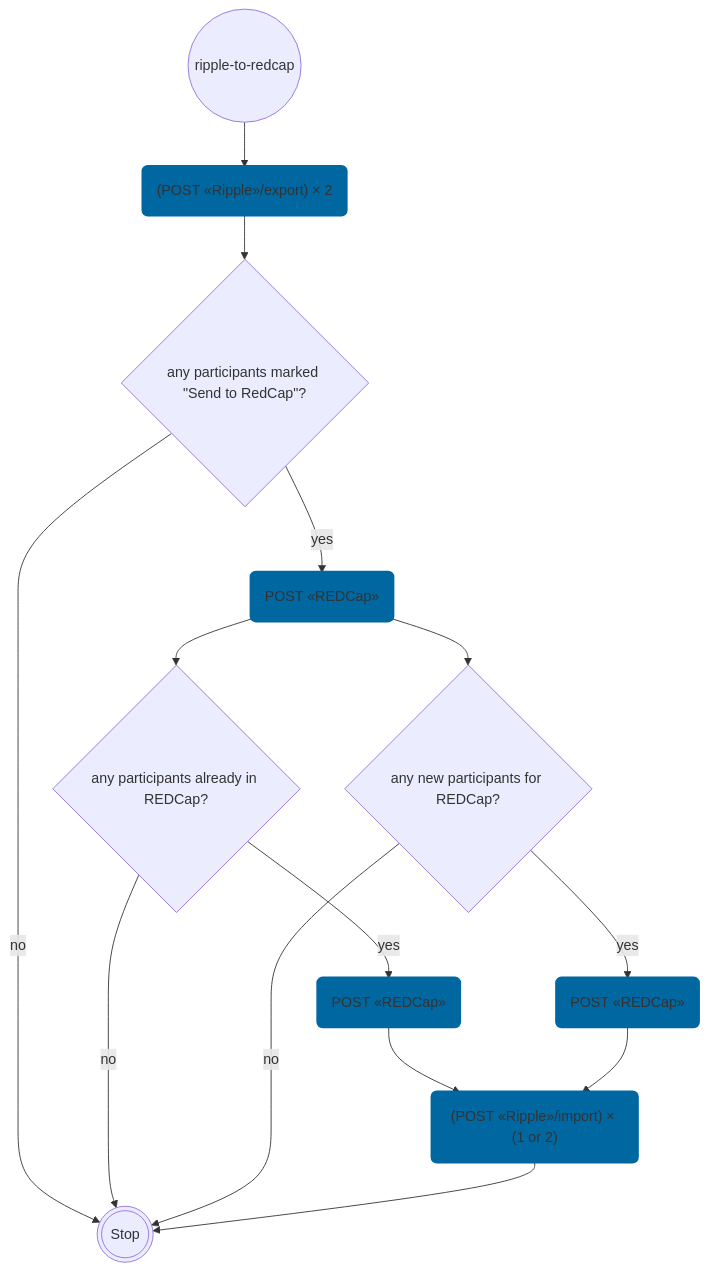
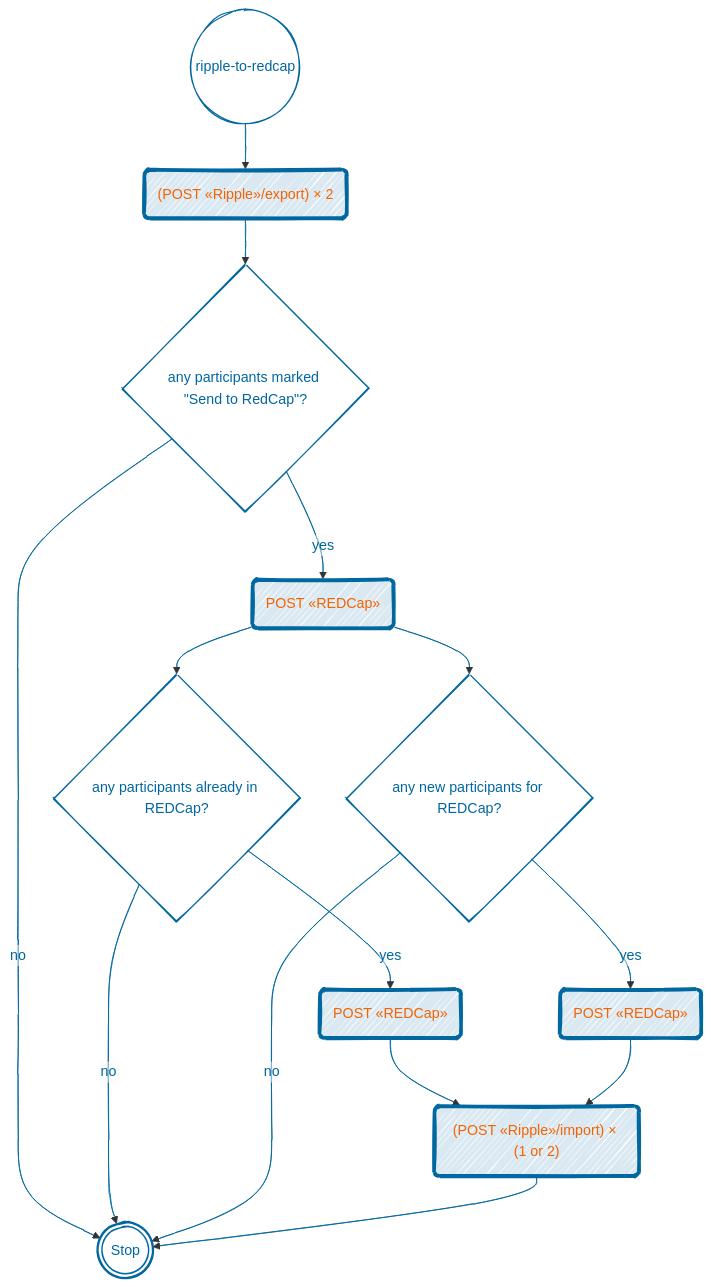
The diagram in python_jobs/src/hbnmigration/from_ripple/README.md (shnizzedy/hbnmigration), drawn with Mermaid before and after one commit. The commit also changed 3 other files, not shown here.

Commit message:
:memo: Add flowchart for REDCap to Curious

````diff
--- a/python_jobs/src/hbnmigration/from_ripple/README.md
+++ b/python_jobs/src/hbnmigration/from_ripple/README.md
@@ -5,13 +5,21 @@
 ```mermaid
-
+---
+config:
+  look: handDrawn
+  themeVariables:
+    edgeLabelBackground: '#FAF9F500'
+    fontFamily: "Verdana, Courier New, Arial Black, Arial Bold, cursive, fantasy"
+---
 flowchart TD
-    classDef apiCall fill:#0067a0,stroke:#0067a0,stroke-width:4px;
+    classDef apiCall color:#F56200,fill:#0067a025,stroke:#0067a0,stroke-width:4px;
+    classDef default stroke:#0067a0,color:#0067a0,fill:#FAF9F510;
 
     start@{ shape: circle, label: "ripple-to-redcap" } --> request_potential_participants@{ shape: rounded, label: "(POST «Ripple»/export) × 2" } --> ripple_data@{ shape: diamond, label: "any participants marked \"Send to RedCap\"?" } -- no --> stop@{ shape: dbl-circ, label: "Stop" };
     ripple_data -- yes --> get_redcap_subjects_to_update@{ shape: rounded, label: "POST «REDCap»" } --> update@{ shape: diamond, label: "any participants already in REDCap?" } -- no --> stop;
     update -- yes --> update_redcap@{ shape: rounded, label: "POST «REDCap»" } --> update_ripple@{ shape: rounded, label: "(POST «Ripple»/import) × (1 or 2)" };
     get_redcap_subjects_to_update --> new@{ shape: diamond, label: "any new participants for REDCap?" } -- no --> stop;
     new -- yes --> insert_redcap@{ shape: rounded, label: "POST «REDCap»" } --> update_ripple --> stop;
 
     class request_potential_participants,get_redcap_subjects_to_update,update_redcap,insert_redcap,update_ripple apiCall;
+    linkStyle 0,1,2,3,4,5,6,7,8,9,10,11,12 stroke:#0067a0,color:#0067a0
 ```
````
